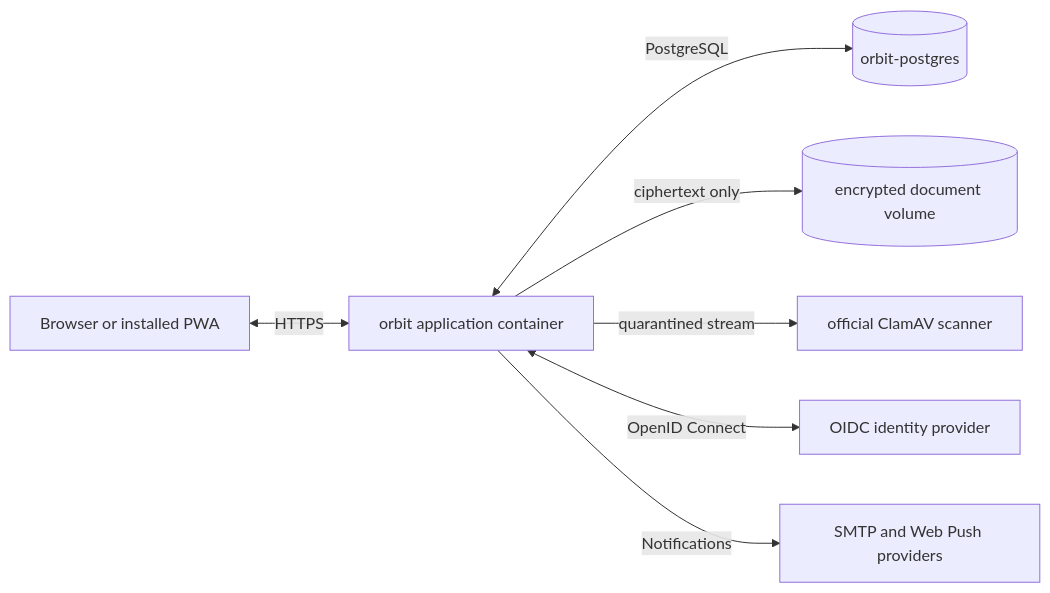
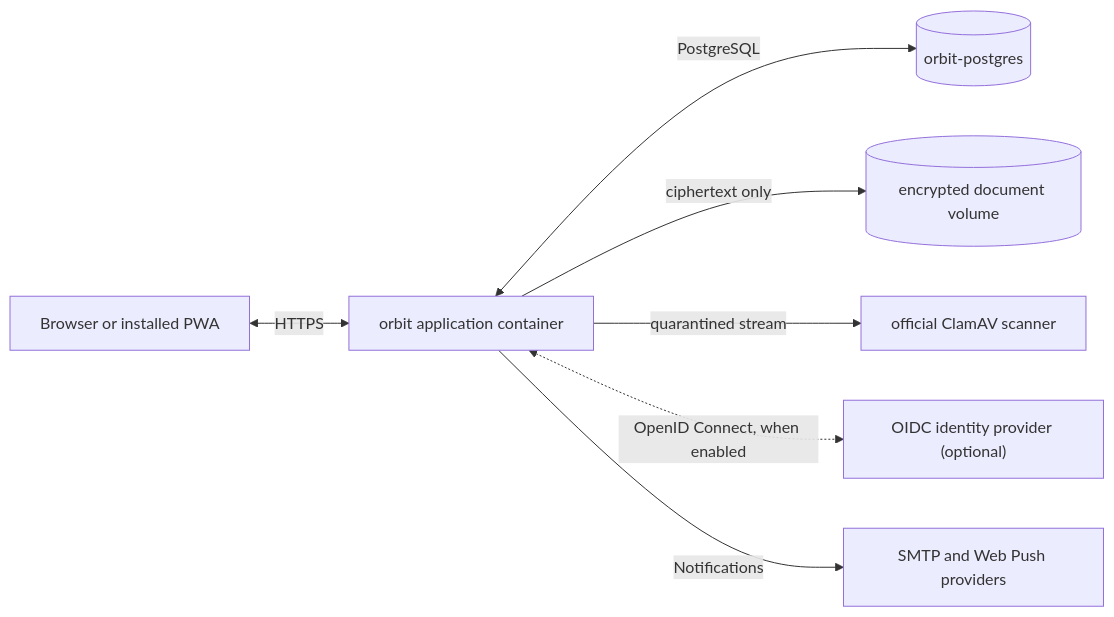
One commit to tomlawesome/orbit changed the diagram in README.md. Above: the diagram before and after it, drawn with Mermaid. The commit also changed other lines of this file and 5 other files, not shown here.

````diff
--- a/README.md
+++ b/README.md
@@ -212,17 +220,17 @@
 ```mermaid
 flowchart LR
     browser["Browser or installed PWA"]
     orbit["orbit application container"]
     postgres[("orbit-postgres")]
     documents[("encrypted document volume")]
     scanner["official ClamAV scanner"]
-    identity["OIDC identity provider"]
+    identity["OIDC identity provider (optional)"]
     delivery["SMTP and Web Push providers"]
 
     browser <-->|HTTPS| orbit
     orbit <-->|PostgreSQL| postgres
     orbit -->|ciphertext only| documents
     orbit -->|quarantined stream| scanner
-    orbit <-->|OpenID Connect| identity
+    orbit <-.->|OpenID Connect, when enabled| identity
     orbit -->|Notifications| delivery
 ```
````
